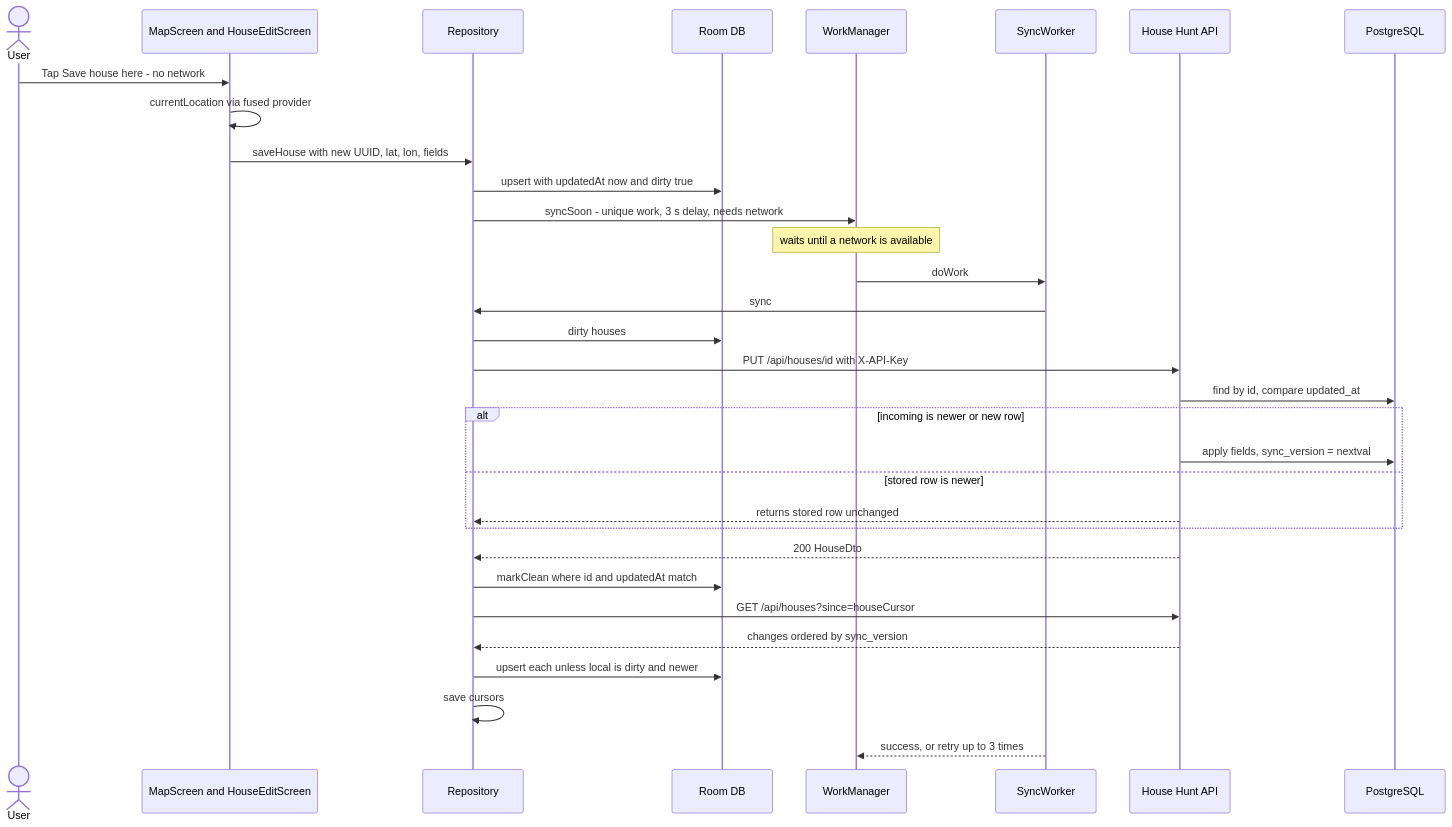
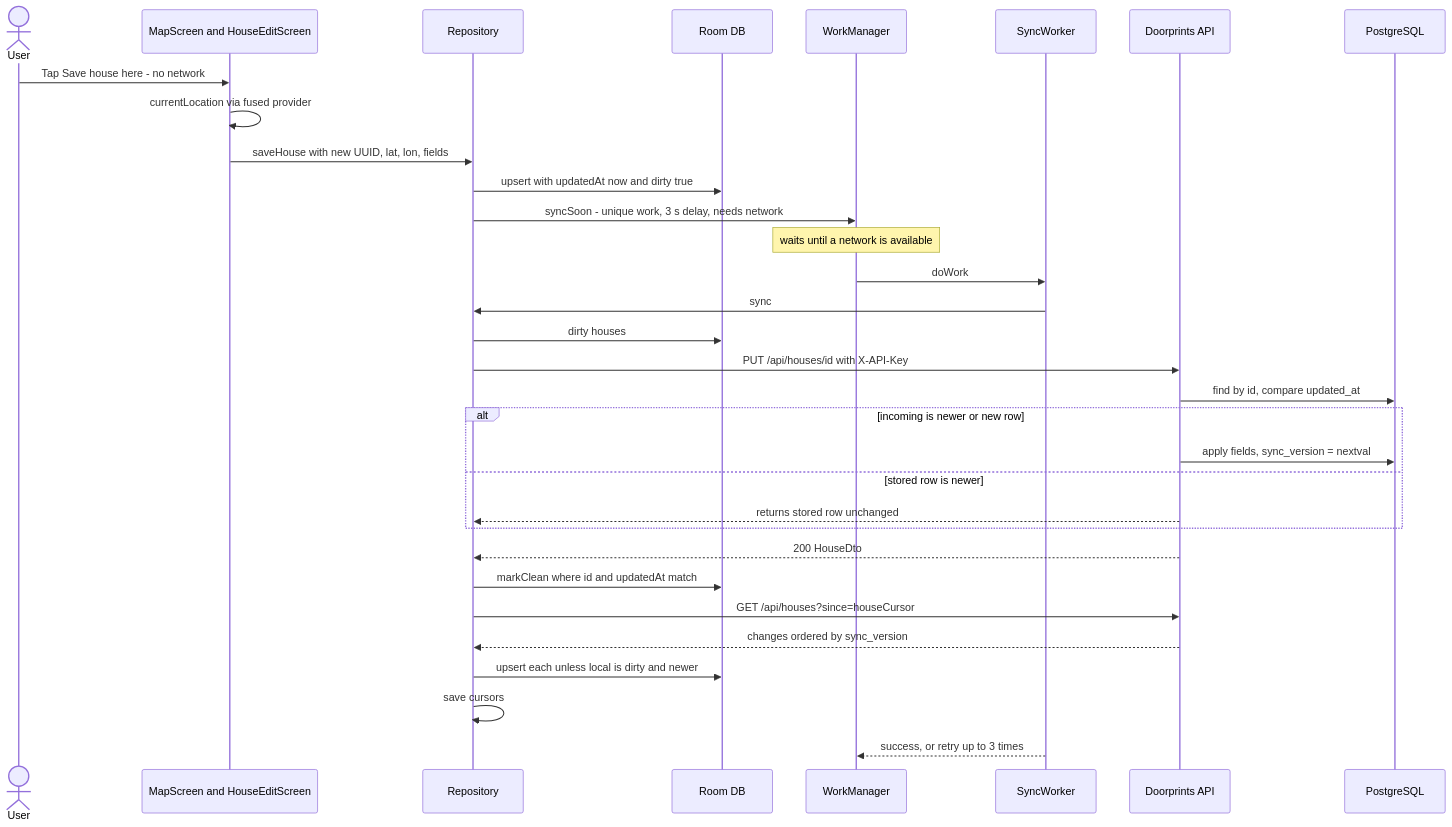
Before and after one commit to Sriram-Codes-SW/doorprints: the seventh of 15 diagrams in docs/03-design.md, drawn with Mermaid. The commit also changed other lines of this file and 54 other files, not shown here.

````diff
--- a/docs/03-design.md
+++ b/docs/03-design.md
@@ -348,34 +349,34 @@
 ```mermaid
 sequenceDiagram
     actor U as User
     participant UI as MapScreen and HouseEditScreen
     participant R as Repository
     participant DB as Room DB
     participant WM as WorkManager
     participant SW as SyncWorker
-    participant API as House Hunt API
+    participant API as Doorprints API
     participant PG as PostgreSQL
     U->>UI: Tap Save house here - no network
     UI->>UI: currentLocation via fused provider
     UI->>R: saveHouse with new UUID, lat, lon, fields
     R->>DB: upsert with updatedAt now and dirty true
     R->>WM: syncSoon - unique work, 3 s delay, needs network
     Note over WM: waits until a network is available
     WM->>SW: doWork
     SW->>R: sync
     R->>DB: dirty houses
     R->>API: PUT /api/houses/id with X-API-Key
     API->>PG: find by id, compare updated_at
     alt incoming is newer or new row
         API->>PG: apply fields, sync_version = nextval
     else stored row is newer
         API-->>R: returns stored row unchanged
     end
     API-->>R: 200 HouseDto
     R->>DB: markClean where id and updatedAt match
     R->>API: GET /api/houses?since=houseCursor
     API-->>R: changes ordered by sync_version
     R->>DB: upsert each unless local is dirty and newer
     R->>R: save cursors
     SW-->>WM: success, or retry up to 3 times
 ```
````
